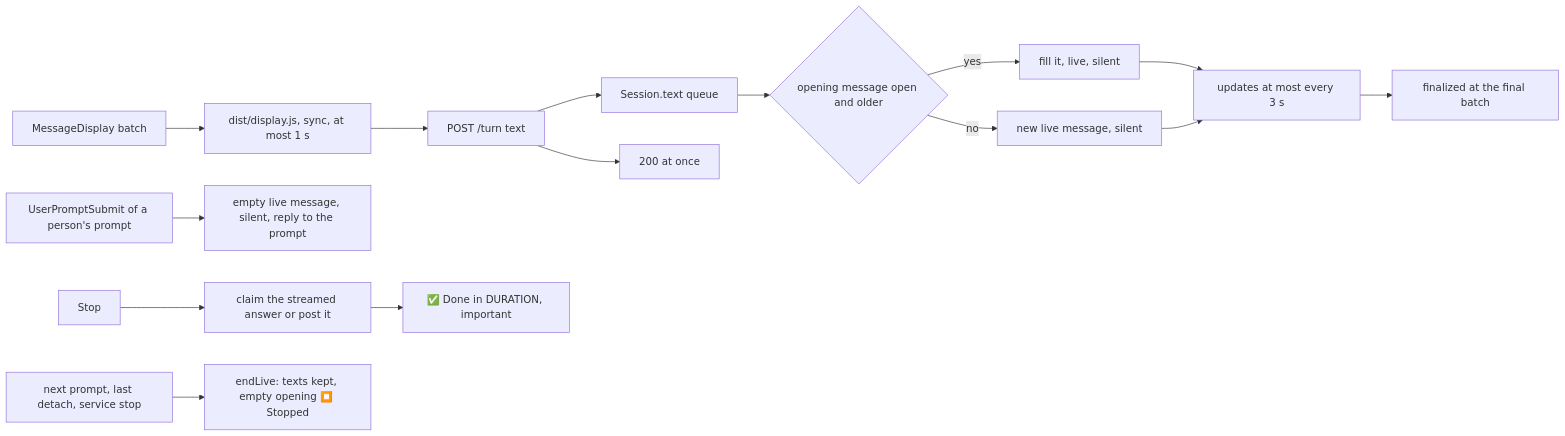
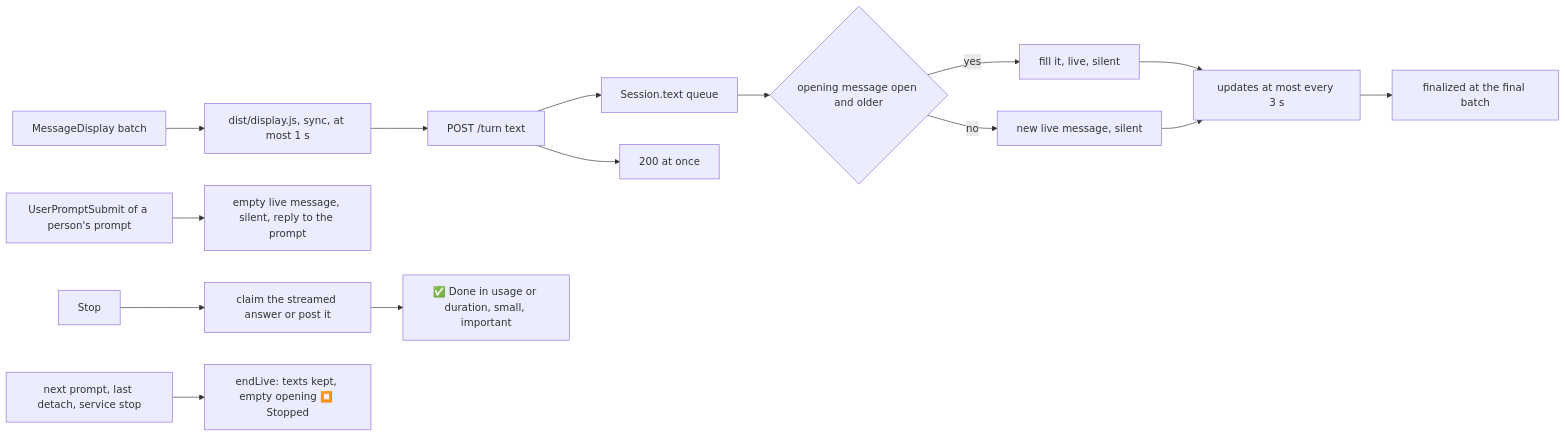
The third of 3 diagrams in plans/2026-11-13-mcp-live-answers.md (simplex-chat/simplex-chat), drawn with Mermaid before and after one commit. The commit also changed other lines of this file, not shown here.

Commit message:
plan: mcp-live-answers answers and the end line with the usage

````diff
--- a/plans/2026-11-13-mcp-live-answers.md
+++ b/plans/2026-11-13-mcp-live-answers.md
@@ -268,17 +274,17 @@
 ```mermaid
 flowchart LR
   MD[MessageDisplay batch] --> D[dist/display.js, sync, at most 1 s]
   D --> R[POST /turn text]
   R --> Q[Session.text queue]
   R --> A[200 at once]
   Q --> O{opening message open and older}
   O -- yes --> F[fill it, live, silent]
   O -- no --> N[new live message, silent]
   F --> U[updates at most every 3 s]
   N --> U
   U --> E[finalized at the final batch]
   P[UserPromptSubmit of a person's prompt] --> OM[empty live message, silent, reply to the prompt]
   S[Stop] --> C[claim the streamed answer or post it]
-  C --> L[✅ Done in DURATION, important]
+  C --> L[✅ Done in usage or duration, small, important]
   X[next prompt, last detach, service stop] --> EL[endLive: texts kept, empty opening ⏹️ Stopped]
 ```
````
